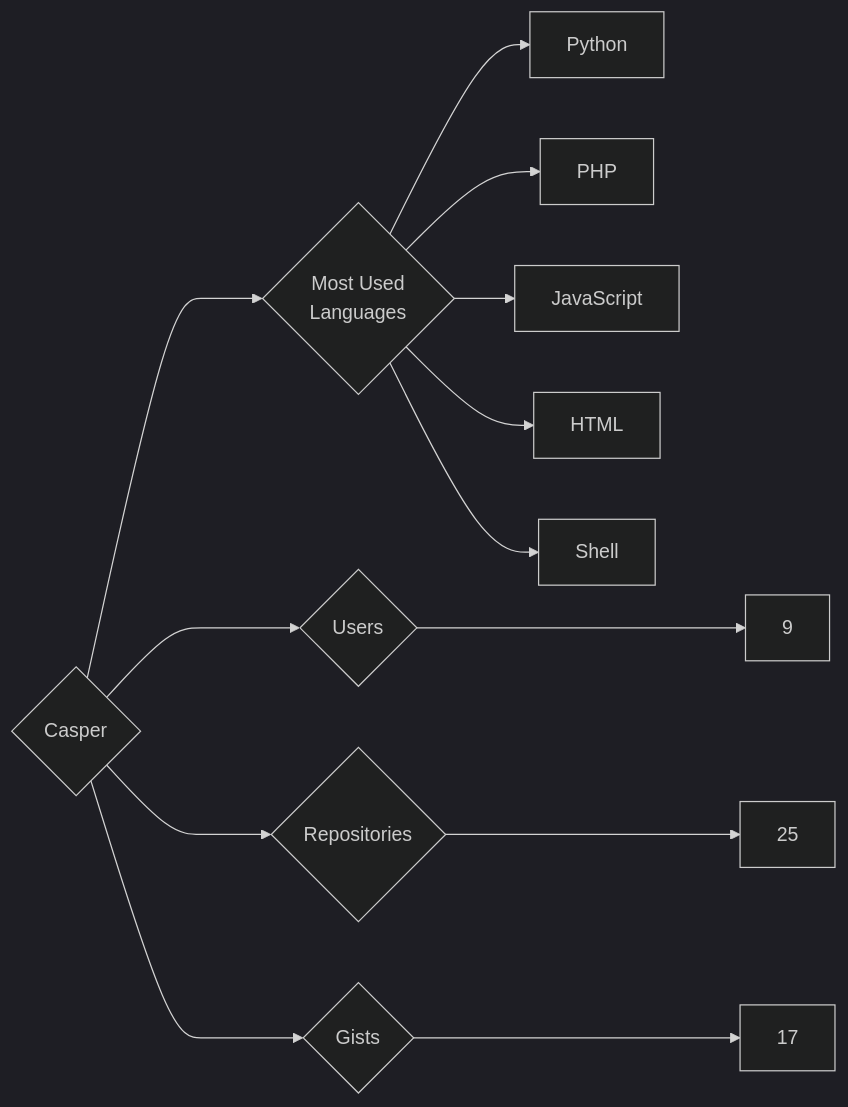
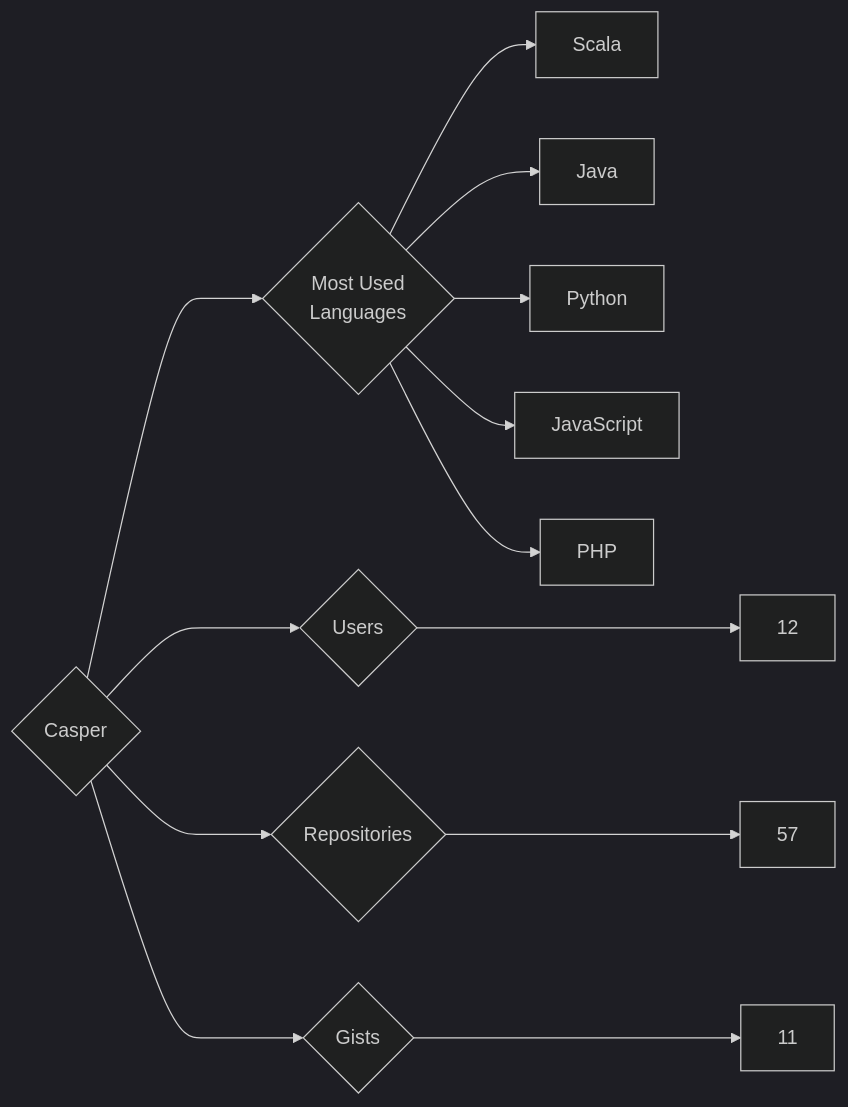
One commit to trickest/insiders changed the diagram in targets/Casper/README.md. Above: the diagram before and after it, drawn with Mermaid (dark theme). The commit also changed 611 other files, not shown here.

````diff
--- a/targets/Casper/README.md
+++ b/targets/Casper/README.md
@@ -3,13 +3,13 @@
 ```mermaid
 graph LR
 COMPANY_NAME{Casper}
-COMPANY_NAME ---> U{Users} ---> UN[9]
-COMPANY_NAME ---> R{Repositories} ---> RN[25]
-COMPANY_NAME ---> G{Gists} ---> GN[17]
+COMPANY_NAME ---> U{Users} ---> UN[12]
+COMPANY_NAME ---> R{Repositories} ---> RN[57]
+COMPANY_NAME ---> G{Gists} ---> GN[11]
 COMPANY_NAME ---> ML{Most Used<br>Languages}
+ML --> Scala[Scala]
+ML --> Java[Java]
 ML --> Python[Python]
+ML --> JavaScript[JavaScript]
 ML --> PHP[PHP]
-ML --> JavaScript[JavaScript]
-ML --> HTML[HTML]
-ML --> Shell[Shell]
 ```
````
